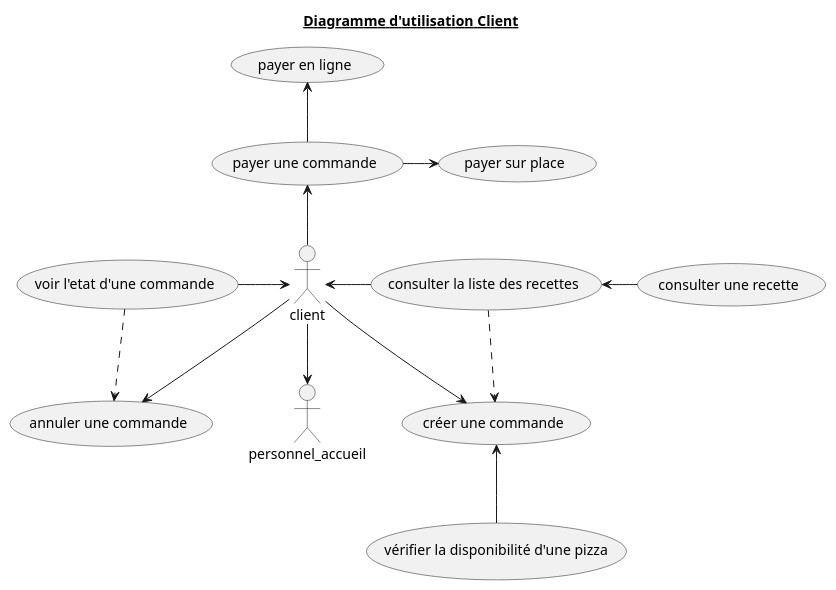
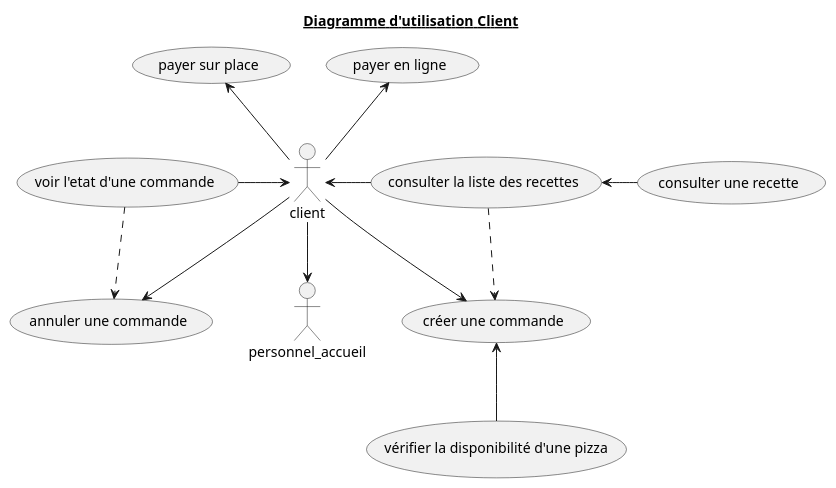
One commit to Zepmanbc/oc_dapython_pr4 changed the diagram in doc/uml/2_Client_UseCaseDiagram.puml. Above: the diagram before and after it, drawn with PlantUML. The commit also changed 24 other files, not shown here.

```diff
--- a/doc/uml/2_Client_UseCaseDiagram.puml
+++ b/doc/uml/2_Client_UseCaseDiagram.puml
@@ -1,38 +1,35 @@
-@startuml Client_UseCaseDiagram
+@startuml 2_Client_UseCaseDiagram
 
 title <u>Diagramme d'utilisation Client</u>
 actor client as CUSTOMER
 actor personnel_accueil as ACCUEIL
 
 'COMMANDES
     (créer une commande) AS CREATE_CMD
     (voir l'etat d'une commande) AS SHOW_STATE_CMD
-    (payer une commande) AS PAY_CMD
     (payer en ligne) AS PAY_ONLINE_CMD
     (payer sur place) AS PAY_STORE_CMD
     (annuler une commande) AS CANCEL_CMD
 
 ' RECETTE
     (consulter la liste des recettes) AS LIST_RECIPE
     (consulter une recette) AS SHOW_RECIPE
     (vérifier la disponibilité d'une pizza) AS AVAIL_RECIPE
 
 ' INGREDIENTS
 
 CUSTOMER --> CREATE_CMD
 CUSTOMER <-r- LIST_RECIPE
 CUSTOMER <-l- SHOW_STATE_CMD
 CUSTOMER --> CANCEL_CMD
-CUSTOMER -u-> PAY_CMD
+CUSTOMER -u-> PAY_ONLINE_CMD
+CUSTOMER -u-> PAY_STORE_CMD
 CUSTOMER -d-> ACCUEIL
 
 CREATE_CMD <-- AVAIL_RECIPE
 LIST_RECIPE ..> CREATE_CMD
 LIST_RECIPE <-r- SHOW_RECIPE
 
 SHOW_STATE_CMD ..> CANCEL_CMD
 
-PAY_CMD -u-> PAY_ONLINE_CMD
-PAY_CMD -r-> PAY_STORE_CMD
-
 @enduml
```
